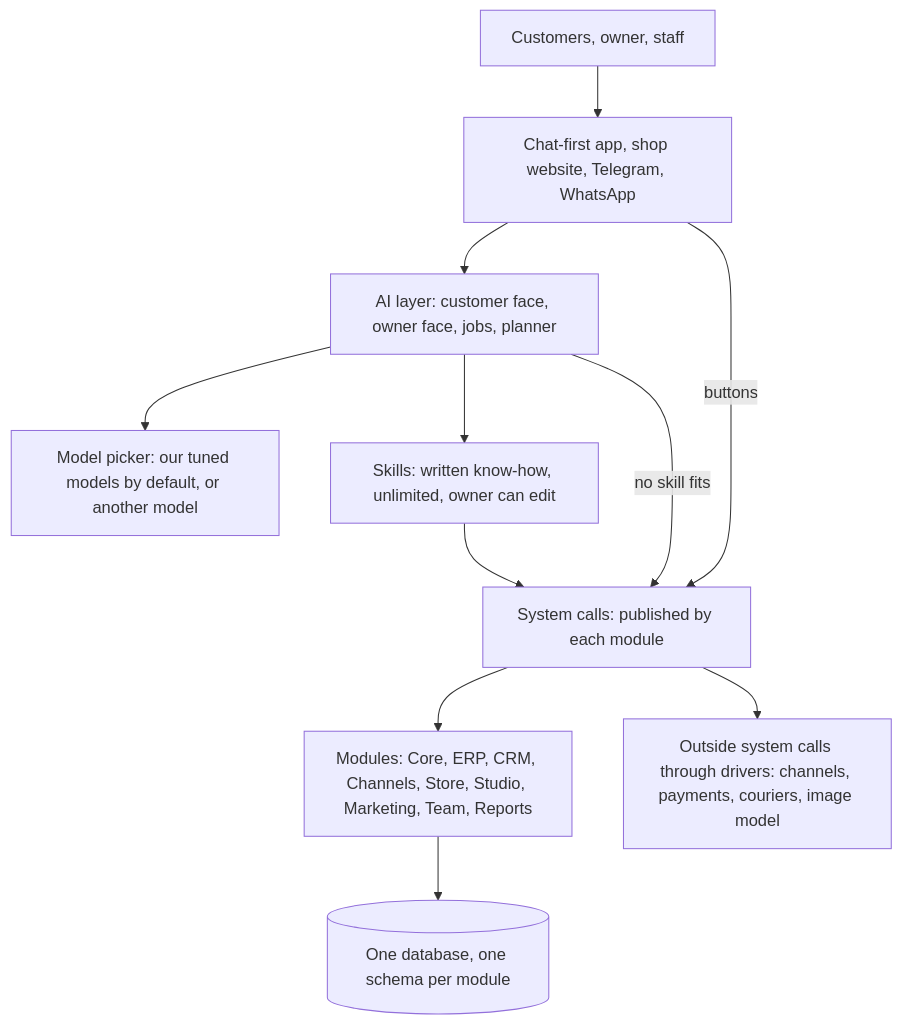
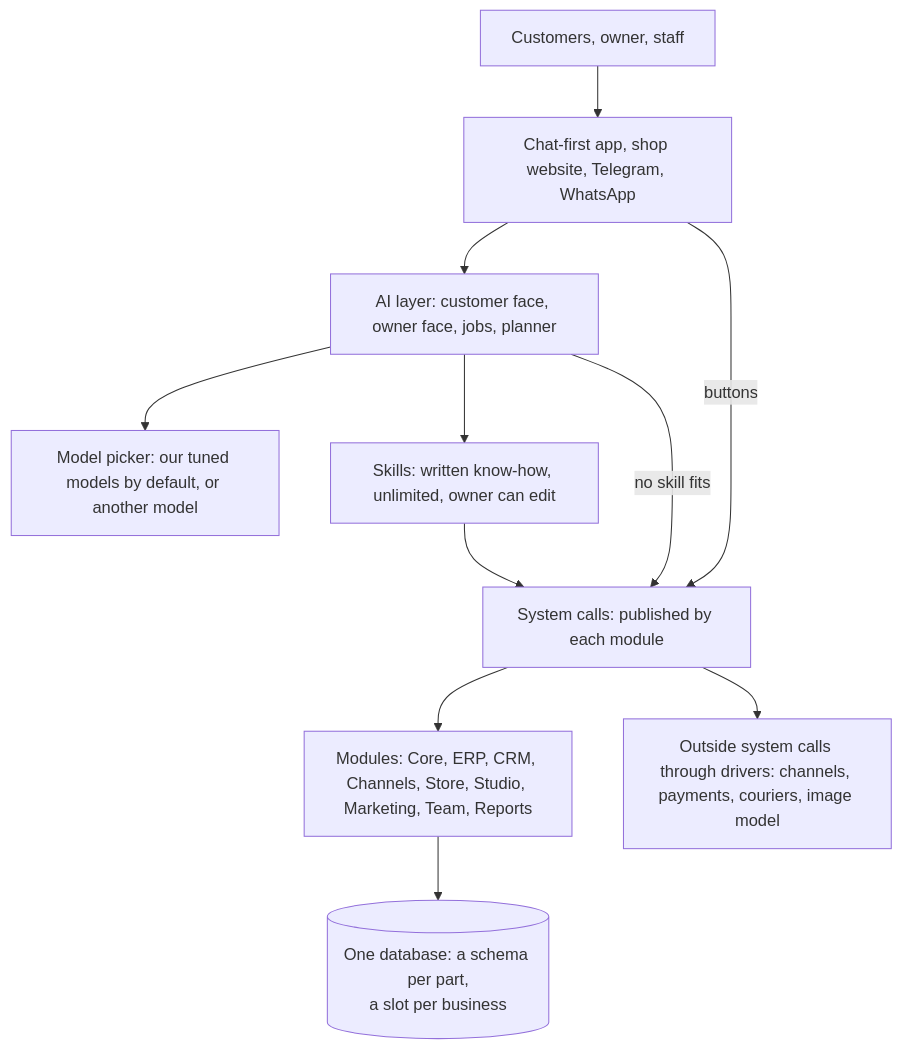
One commit to puagraduationproject/graduationproject changed the first of 14 diagrams in technical-structure.md. Above: the diagram before and after it, drawn with Mermaid. The commit also changed other lines of this file and 1 other file, not shown here.

Commit message:
Design: the database as a grid with a slot per business; the Directory as the map; Accounts and Sessions; one log-in, one business

````diff
--- a/technical-structure.md
+++ b/technical-structure.md
@@ -150,13 +160,13 @@
 ```mermaid
 flowchart TD
   P["Customers, owner, staff"] --> UI["Chat-first app, shop website, Telegram, WhatsApp"]
   UI --> AI["AI layer: customer face, owner face, jobs, planner"]
   AI --> MP["Model picker: our tuned models by default, or another model"]
   UI -->|"buttons"| TL
   AI --> SK["Skills: written know-how, unlimited, owner can edit"]
   SK --> TL["System calls: published by each module"]
   AI -->|"no skill fits"| TL
   TL --> MOD["Modules: Core, ERP, CRM, Channels, Store, Studio, Marketing, Team, Reports"]
   TL --> OUT["Outside system calls through drivers: channels, payments, couriers, image model"]
-  MOD --> DB[("One database, one schema per module")]
+  MOD --> DB[("One database: a schema per part,<br/>a slot per business")]
 ```
````
